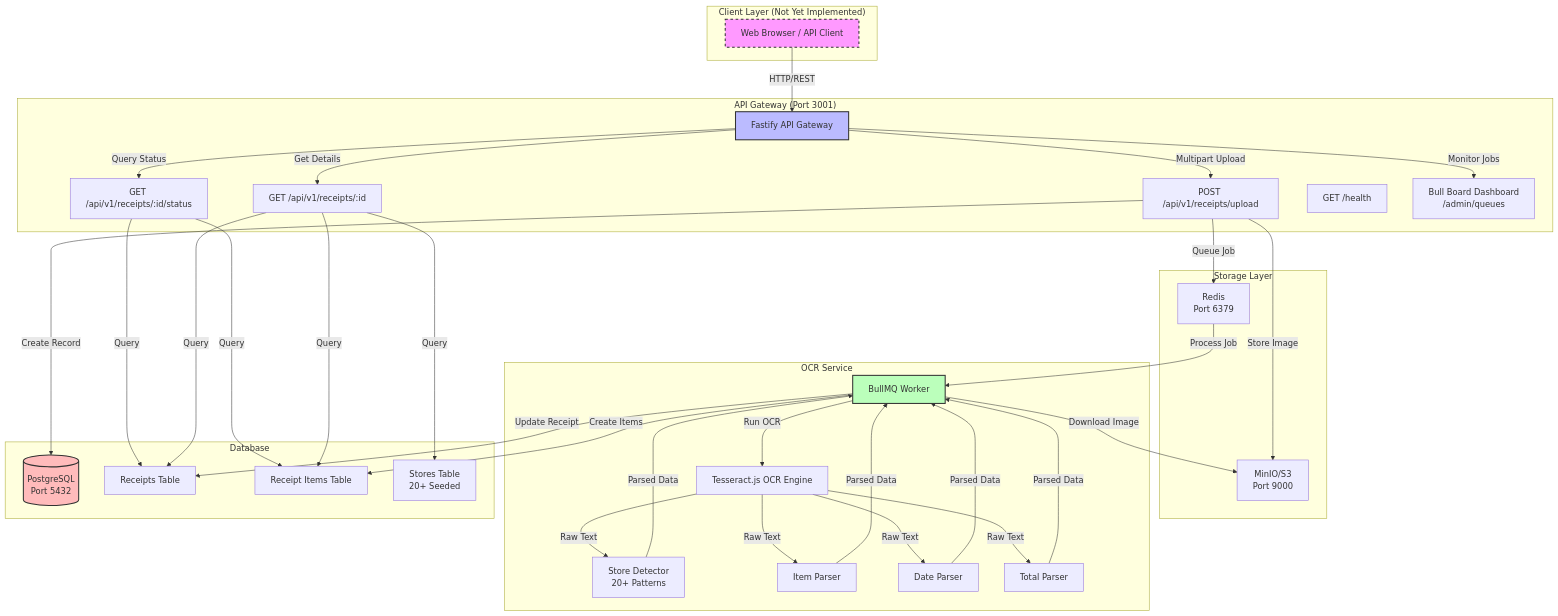
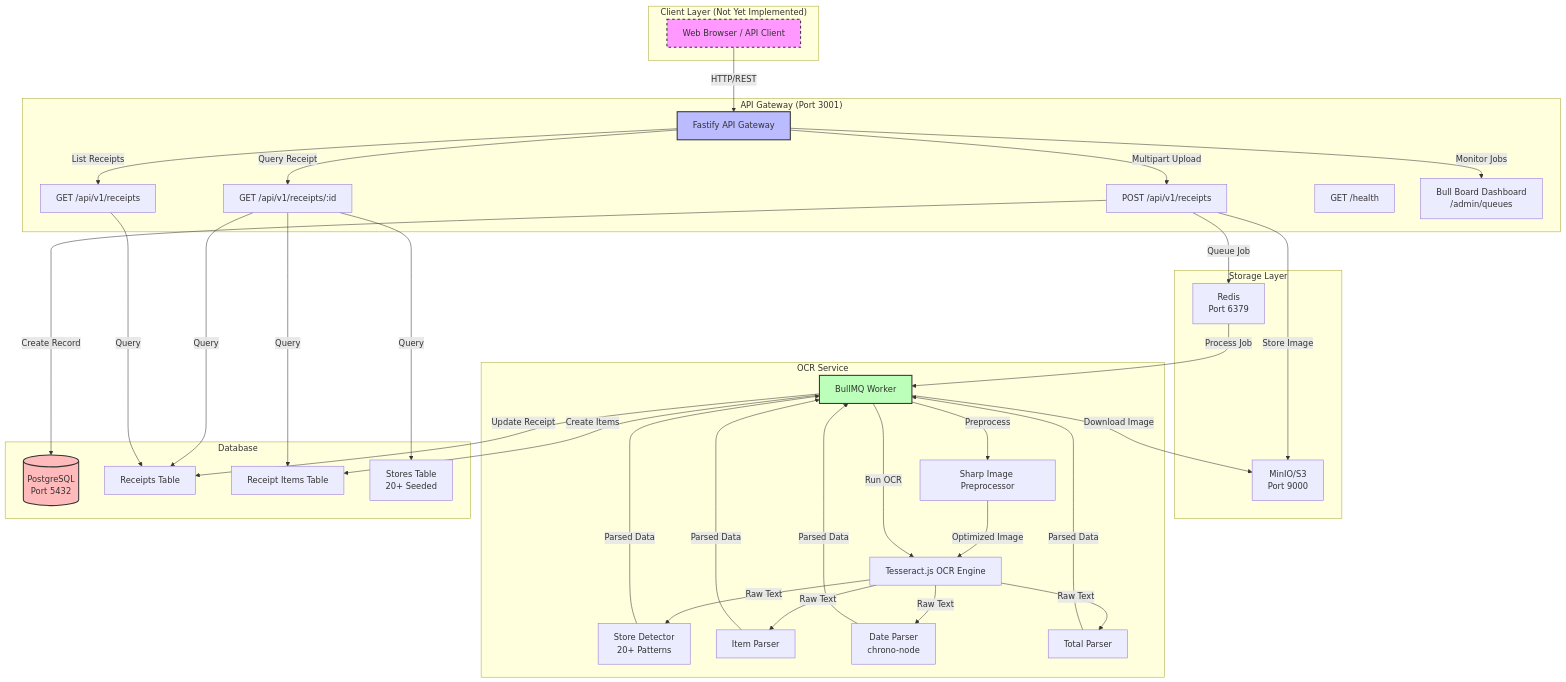
Before and after one commit to mpwg/Pricey: the first of 5 diagrams in docs/ARCHITECTURE-CURRENT.md, drawn with Mermaid. The commit also changed other lines of this file and 1 other file, not shown here.

````diff
--- a/docs/ARCHITECTURE-CURRENT.md
+++ b/docs/ARCHITECTURE-CURRENT.md
@@ -13,73 +13,75 @@
 ```mermaid
 graph TB
     subgraph "Client Layer (Not Yet Implemented)"
         Client[Web Browser / API Client]
     end
 
     subgraph "API Gateway (Port 3001)"
         Gateway[Fastify API Gateway]
-        UploadRoute[POST /api/v1/receipts/upload]
-        StatusRoute[GET /api/v1/receipts/:id/status]
-        DetailsRoute[GET /api/v1/receipts/:id]
+        UploadRoute[POST /api/v1/receipts]
+        StatusRoute[GET /api/v1/receipts/:id]
+        ListRoute[GET /api/v1/receipts]
         HealthRoute[GET /health]
         BullBoard[Bull Board Dashboard<br/>/admin/queues]
     end
 
     subgraph "Storage Layer"
         MinIO[MinIO/S3<br/>Port 9000]
         Redis[Redis<br/>Port 6379]
     end
 
     subgraph "OCR Service"
         Worker[BullMQ Worker]
         Tesseract[Tesseract.js OCR Engine]
+        ImagePreprocessor[Sharp Image Preprocessor]
         StoreDetector[Store Detector<br/>20+ Patterns]
         ItemParser[Item Parser]
-        DateParser[Date Parser]
+        DateParser[Date Parser<br/>chrono-node]
         TotalParser[Total Parser]
     end
 
     subgraph "Database"
         PostgreSQL[(PostgreSQL<br/>Port 5432)]
         Receipts[Receipts Table]
         ReceiptItems[Receipt Items Table]
         Stores[Stores Table<br/>20+ Seeded]
     end
 
     Client -->|HTTP/REST| Gateway
     Gateway -->|Multipart Upload| UploadRoute
-    Gateway -->|Query Status| StatusRoute
-    Gateway -->|Get Details| DetailsRoute
+    Gateway -->|Query Receipt| StatusRoute
+    Gateway -->|List Receipts| ListRoute
     Gateway -->|Monitor Jobs| BullBoard
 
     UploadRoute -->|Store Image| MinIO
     UploadRoute -->|Queue Job| Redis
     UploadRoute -->|Create Record| PostgreSQL
 
     Redis -->|Process Job| Worker
     Worker -->|Download Image| MinIO
+    Worker -->|Preprocess| ImagePreprocessor
+    ImagePreprocessor -->|Optimized Image| Tesseract
     Worker -->|Run OCR| Tesseract
     Tesseract -->|Raw Text| StoreDetector
     Tesseract -->|Raw Text| ItemParser
     Tesseract -->|Raw Text| DateParser
     Tesseract -->|Raw Text| TotalParser
 
     StoreDetector -->|Parsed Data| Worker
     ItemParser -->|Parsed Data| Worker
     DateParser -->|Parsed Data| Worker
     TotalParser -->|Parsed Data| Worker
 
     Worker -->|Update Receipt| Receipts
     Worker -->|Create Items| ReceiptItems
 
     StatusRoute -->|Query| Receipts
     StatusRoute -->|Query| ReceiptItems
-    DetailsRoute -->|Query| Receipts
-    DetailsRoute -->|Query| ReceiptItems
-    DetailsRoute -->|Query| Stores
+    StatusRoute -->|Query| Stores
+    ListRoute -->|Query| Receipts
 
     style Client fill:#f9f,stroke:#333,stroke-width:2px,stroke-dasharray: 5 5
     style Gateway fill:#bbf,stroke:#333,stroke-width:2px
     style Worker fill:#bfb,stroke:#333,stroke-width:2px
     style PostgreSQL fill:#fbb,stroke:#333,stroke-width:2px
 ```
````
